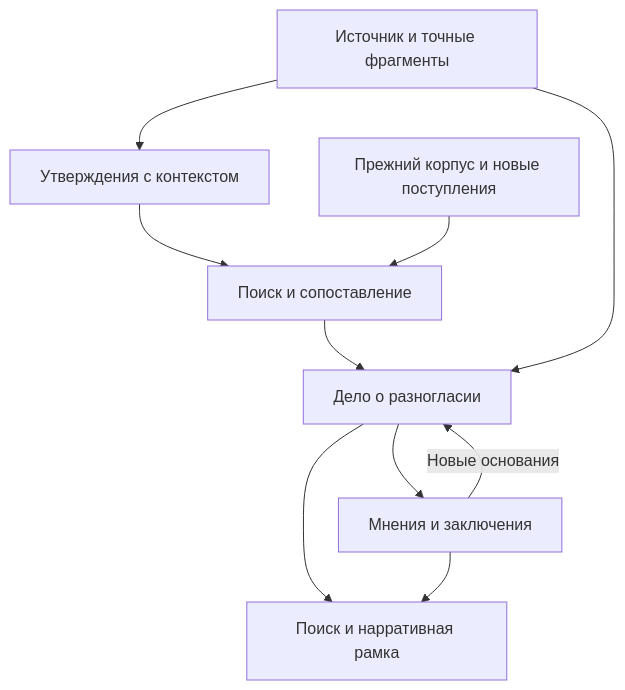
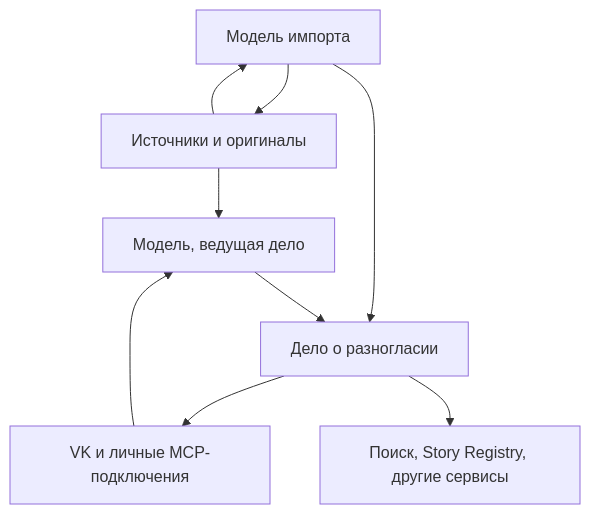
Before and after one commit to onedayonemasterpiece/regional-knowledge-base: the diagram in docs/design/rkb-disagreement-journal-design-20261018.md, drawn with Mermaid. The commit also changed other lines of this file, not shown here.

````diff
--- a/docs/design/rkb-disagreement-journal-design-20261018.md
+++ b/docs/design/rkb-disagreement-journal-design-20261018.md
@@ -191,12 +35,11 @@
 ```mermaid
 flowchart TD
-    S["Источник и точные фрагменты"] --> A["Утверждения с контекстом"]
-    A --> R["Поиск и сопоставление"]
-    C["Прежний корпус и новые поступления"] --> R
-    R --> D["Дело о разногласии"]
-    S --> D
-    D --> E["Мнения и заключения"]
-    D --> Q["Поиск и нарративная рамка"]
-    E --> Q
-    E -->|"Новые основания"| D
+    I["Модель импорта"] --> E["Источники и оригиналы"]
+    E --> I
+    I --> C["Дело о разногласии"]
+    C --> D["VK и личные MCP-подключения"]
+    D --> W["Модель, ведущая дело"]
+    E --> W
+    W --> C
+    C --> U["Поиск, Story Registry, другие сервисы"]
 ```
````
